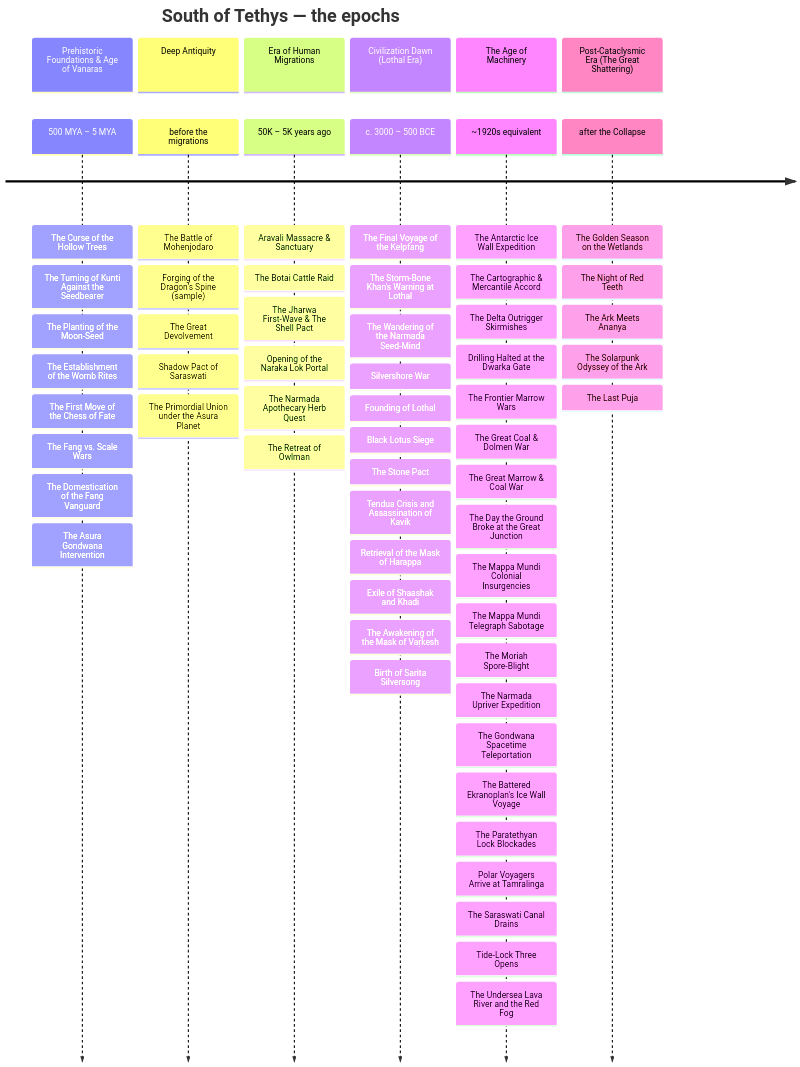
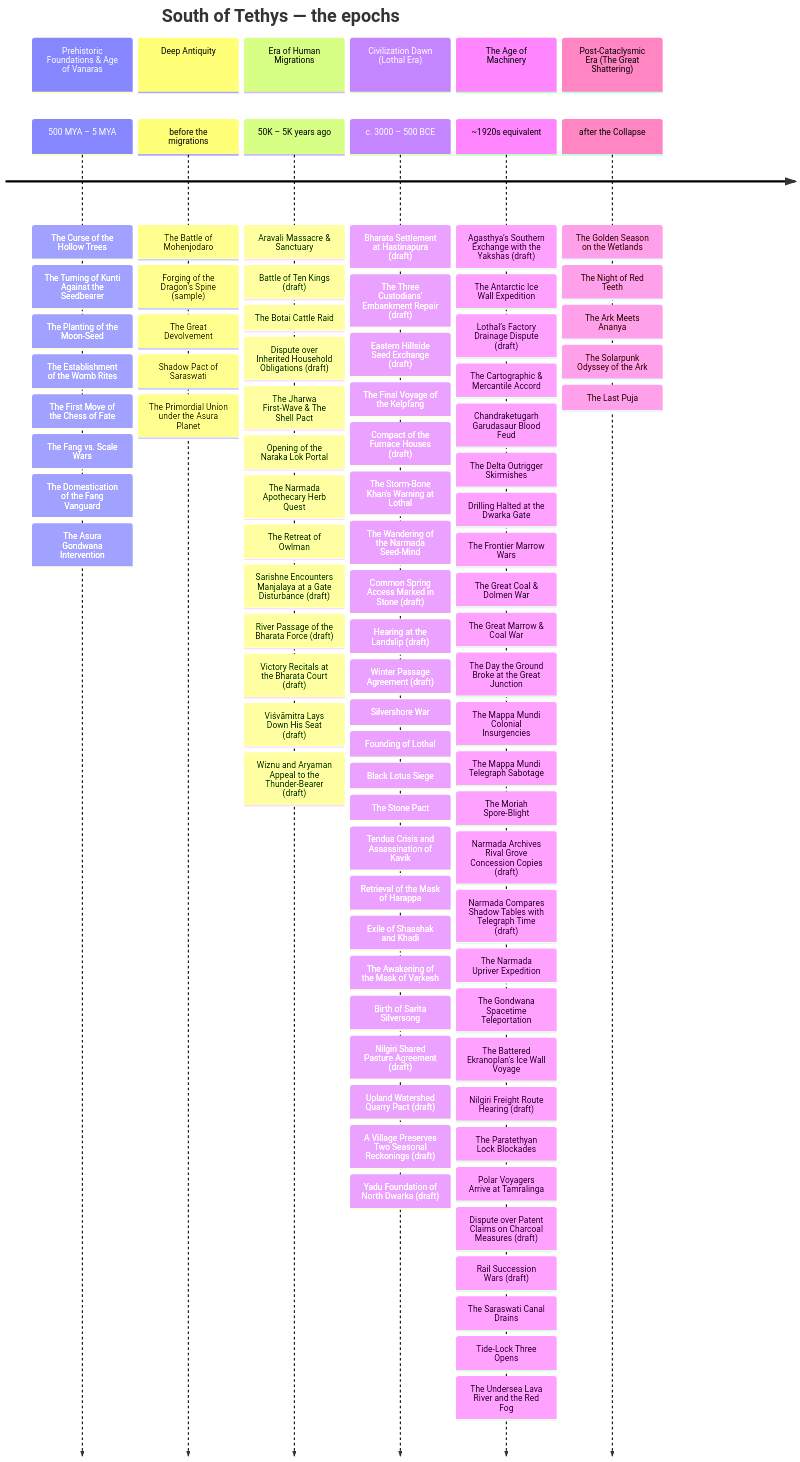
Before and after one commit to lordlebu/SouthOfTethys: the first of 2 diagrams in docs/timeline_mermaid.md, drawn with Mermaid. The commit also changed other lines of this file and 100 other files, not shown here.

Commit message:
Convert Narmada University books into draft lore inputs

````diff
--- a/docs/timeline_mermaid.md
+++ b/docs/timeline_mermaid.md
@@ -9,16 +9,16 @@
 ```mermaid
 timeline
     title South of Tethys — the epochs
     section Prehistoric Foundations & Age of Vanaras
         500 MYA – 5 MYA : The Curse of the Hollow Trees : The Turning of Kunti Against the Seedbearer : The Planting of the Moon-Seed : The Establishment of the Womb Rites : The First Move of the Chess of Fate : The Fang vs. Scale Wars : The Domestication of the Fang Vanguard : The Asura Gondwana Intervention
     section Deep Antiquity
         before the migrations : The Battle of Mohenjodaro : Forging of the Dragon’s Spine (sample) : The Great Devolvement : Shadow Pact of Saraswati : The Primordial Union under the Asura Planet
     section Era of Human Migrations
-        50K – 5K years ago : Aravali Massacre & Sanctuary : The Botai Cattle Raid : The Jharwa First-Wave & The Shell Pact : Opening of the Naraka Lok Portal : The Narmada Apothecary Herb Quest : The Retreat of Owlman
+        50K – 5K years ago : Aravali Massacre & Sanctuary : Battle of Ten Kings (draft) : The Botai Cattle Raid : Dispute over Inherited Household Obligations (draft) : The Jharwa First-Wave & The Shell Pact : Opening of the Naraka Lok Portal : The Narmada Apothecary Herb Quest : The Retreat of Owlman : Sarishne Encounters Manjalaya at a Gate Disturbance (draft) : River Passage of the Bharata Force (draft) : Victory Recitals at the Bharata Court (draft) : Viśvāmitra Lays Down His Seat (draft) : Wiznu and Aryaman Appeal to the Thunder-Bearer (draft)
     section Civilization Dawn (Lothal Era)
-        c. 3000 – 500 BCE : The Final Voyage of the Kelpfang : The Storm-Bone Khan's Warning at Lothal : The Wandering of the Narmada Seed-Mind : Silvershore War : Founding of Lothal : Black Lotus Siege : The Stone Pact : Tendua Crisis and Assassination of Kavik : Retrieval of the Mask of Harappa : Exile of Shaashak and Khadi : The Awakening of the Mask of Vaṛkesh : Birth of Sarita Silversong
+        c. 3000 – 500 BCE : Bharata Settlement at Hastinapura (draft) : The Three Custodians’ Embankment Repair (draft) : Eastern Hillside Seed Exchange (draft) : The Final Voyage of the Kelpfang : Compact of the Furnace Houses (draft) : The Storm-Bone Khan's Warning at Lothal : The Wandering of the Narmada Seed-Mind : Common Spring Access Marked in Stone (draft) : Hearing at the Landslip (draft) : Winter Passage Agreement (draft) : Silvershore War : Founding of Lothal : Black Lotus Siege : The Stone Pact : Tendua Crisis and Assassination of Kavik : Retrieval of the Mask of Harappa : Exile of Shaashak and Khadi : The Awakening of the Mask of Vaṛkesh : Birth of Sarita Silversong : Nilgiri Shared Pasture Agreement (draft) : Upland Watershed Quarry Pact (draft) : A Village Preserves Two Seasonal Reckonings (draft) : Yadu Foundation of North Dwarka (draft)
     section The Age of Machinery
-        ~1920s equivalent : The Antarctic Ice Wall Expedition : The Cartographic & Mercantile Accord : The Delta Outrigger Skirmishes : Drilling Halted at the Dwarka Gate : The Frontier Marrow Wars : The Great Coal & Dolmen War : The Great Marrow & Coal War : The Day the Ground Broke at the Great Junction : The Mappa Mundi Colonial Insurgencies : The Mappa Mundi Telegraph Sabotage : The Moriah Spore-Blight : The Narmada Upriver Expedition : The Gondwana Spacetime Teleportation : The Battered Ekranoplan's Ice Wall Voyage : The Paratethyan Lock Blockades : Polar Voyagers Arrive at Tamralinga : The Saraswati Canal Drains : Tide-Lock Three Opens : The Undersea Lava River and the Red Fog
+        ~1920s equivalent : Agasthya’s Southern Exchange with the Yakshas (draft) : The Antarctic Ice Wall Expedition : Lothal’s Factory Drainage Dispute (draft) : The Cartographic & Mercantile Accord : Chandraketugarh Garudasaur Blood Feud : The Delta Outrigger Skirmishes : Drilling Halted at the Dwarka Gate : The Frontier Marrow Wars : The Great Coal & Dolmen War : The Great Marrow & Coal War : The Day the Ground Broke at the Great Junction : The Mappa Mundi Colonial Insurgencies : The Mappa Mundi Telegraph Sabotage : The Moriah Spore-Blight : Narmada Archives Rival Grove Concession Copies (draft) : Narmada Compares Shadow Tables with Telegraph Time (draft) : The Narmada Upriver Expedition : The Gondwana Spacetime Teleportation : The Battered Ekranoplan's Ice Wall Voyage : Nilgiri Freight Route Hearing (draft) : The Paratethyan Lock Blockades : Polar Voyagers Arrive at Tamralinga : Dispute over Patent Claims on Charcoal Measures (draft) : Rail Succession Wars (draft) : The Saraswati Canal Drains : Tide-Lock Three Opens : The Undersea Lava River and the Red Fog
     section Post-Cataclysmic Era (The Great Shattering)
         after the Collapse : The Golden Season on the Wetlands : The Night of Red Teeth : The Ark Meets Ananya : The Solarpunk Odyssey of the Ark : The Last Puja
 ```
````
